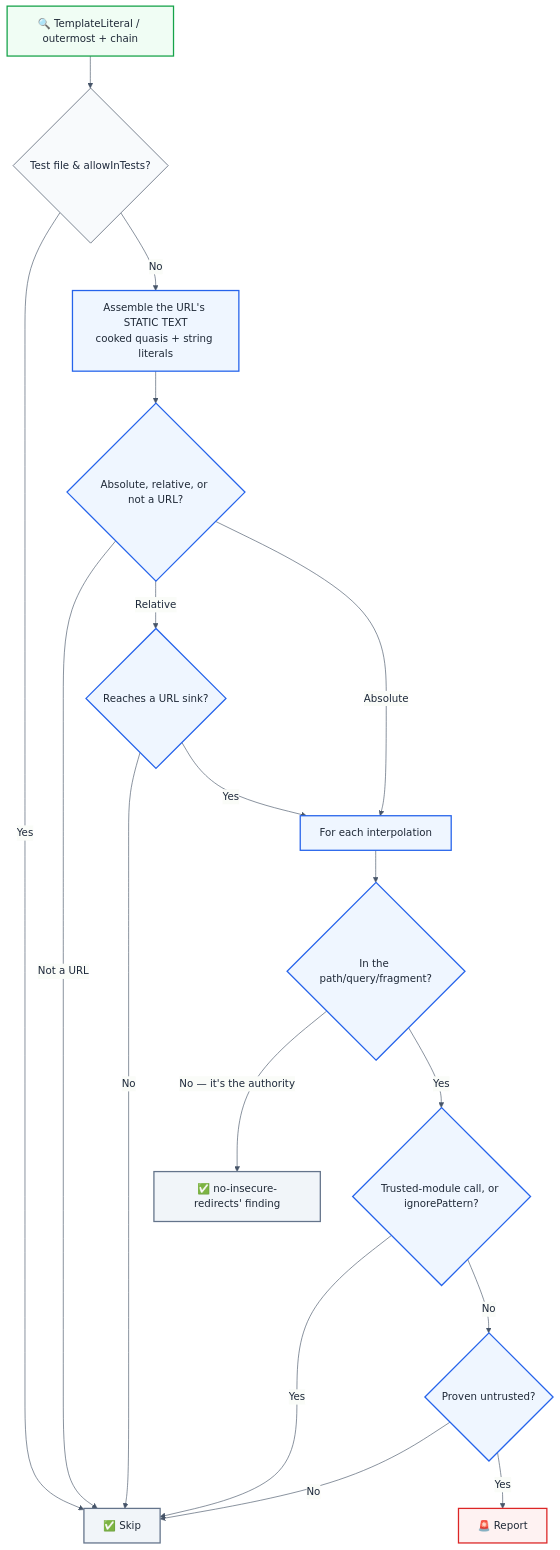
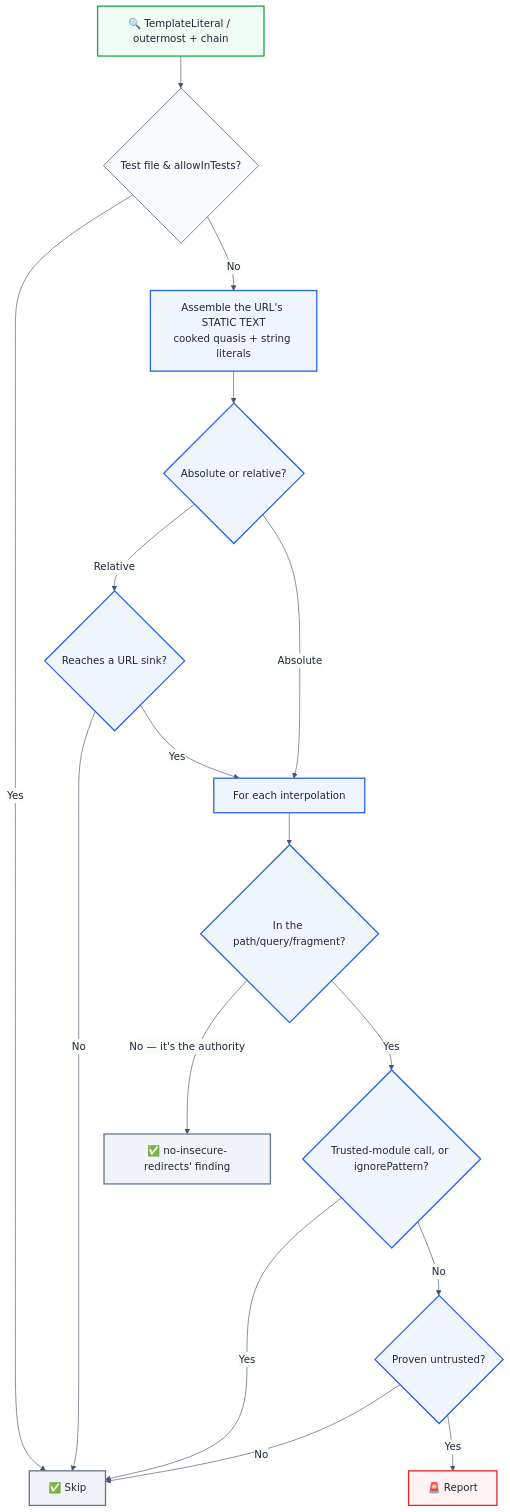
Before and after one commit to ofri-peretz/eslint: the diagram in apps/docs/content/docs/security/plugin-browser-security/rules/no-unescaped-url-parameter.mdx, drawn with Mermaid. The commit also changed other lines of this file and 883 other files, not shown here.

````diff
--- a/apps/docs/content/docs/security/plugin-browser-security/rules/no-unescaped-url-parameter.mdx
+++ b/apps/docs/content/docs/security/plugin-browser-security/rules/no-unescaped-url-parameter.mdx
@@ -198,43 +198,42 @@
 ```mermaid
 %%{init: {
   'theme': 'base',
   'themeVariables': {
     'primaryColor': '#f8fafc',
     'primaryTextColor': '#1e293b',
     'primaryBorderColor': '#334155',
     'lineColor': '#475569',
     'c0': '#f8fafc',
     'c1': '#f1f5f9',
     'c2': '#e2e8f0',
     'c3': '#cbd5e1'
   }
 }}%%
 flowchart TD
     A["🔍 TemplateLiteral / outermost + chain"] --> B{"Test file & allowInTests?"}
     B -->|Yes| C["✅ Skip"]
     B -->|No| D["Assemble the URL's STATIC TEXT<br/>cooked quasis + string literals"]
-    D --> E{"Absolute, relative, or not a URL?"}
-    E -->|Not a URL| C
+    D --> E{"Absolute or relative?"}
     E -->|Relative| F{"Reaches a URL sink?"}
     F -->|No| C
     F -->|Yes| G
     E -->|Absolute| G["For each interpolation"]
     G --> H{"In the path/query/fragment?"}
     H -->|No — it's the authority| I["✅ no-insecure-redirects' finding"]
     H -->|Yes| J{"Trusted-module call, or ignorePattern?"}
     J -->|Yes| C
     J -->|No| K{"Proven untrusted?"}
     K -->|No| C
     K -->|Yes| L["🚨 Report"]
 
     classDef startNode fill:#f0fdf4,stroke:#16a34a,stroke-width:2px,color:#1f2937
     classDef errorNode fill:#fef2f2,stroke:#dc2626,stroke-width:2px,color:#1f2937
     classDef processNode fill:#eff6ff,stroke:#2563eb,stroke-width:2px,color:#1f2937
     classDef skipNode fill:#f1f5f9,stroke:#64748b,stroke-width:2px,color:#1f2937
 
     class A startNode
     class L errorNode
     class D,E,F,G,H,J,K processNode
     class C,I skipNode
 
 ```
````
